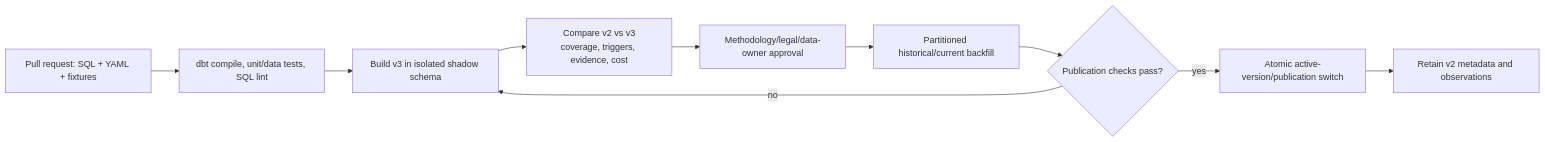
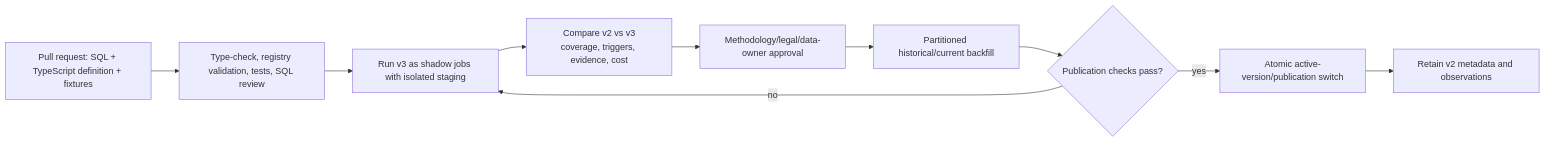
One commit to Viespirkiu-grupe/viespirkiai changed the fifth of 5 diagrams in docs/risk-indicators-public-page-and-maintenance.md. Above: the diagram before and after it, drawn with Mermaid. The commit also changed other lines of this file and 1 other file, not shown here.

````diff
--- a/docs/risk-indicators-public-page-and-maintenance.md
+++ b/docs/risk-indicators-public-page-and-maintenance.md
@@ -967,12 +1030,12 @@
 ```mermaid
 flowchart LR
-    PR[Pull request: SQL + YAML + fixtures] --> CI[dbt compile, unit/data tests, SQL lint]
-    CI --> SH[Build v3 in isolated shadow schema]
+    PR[Pull request: SQL + TypeScript definition + fixtures] --> CI[Type-check, registry validation, tests, SQL review]
+    CI --> SH[Run v3 as shadow jobs with isolated staging]
     SH --> CMP[Compare v2 vs v3<br/>coverage, triggers, evidence, cost]
     CMP --> REV[Methodology/legal/data-owner approval]
     REV --> BF[Partitioned historical/current backfill]
     BF --> G{Publication checks pass?}
     G -->|no| SH
     G -->|yes| SW[Atomic active-version/publication switch]
     SW --> KEEP[Retain v2 metadata and observations]
 ```
````
